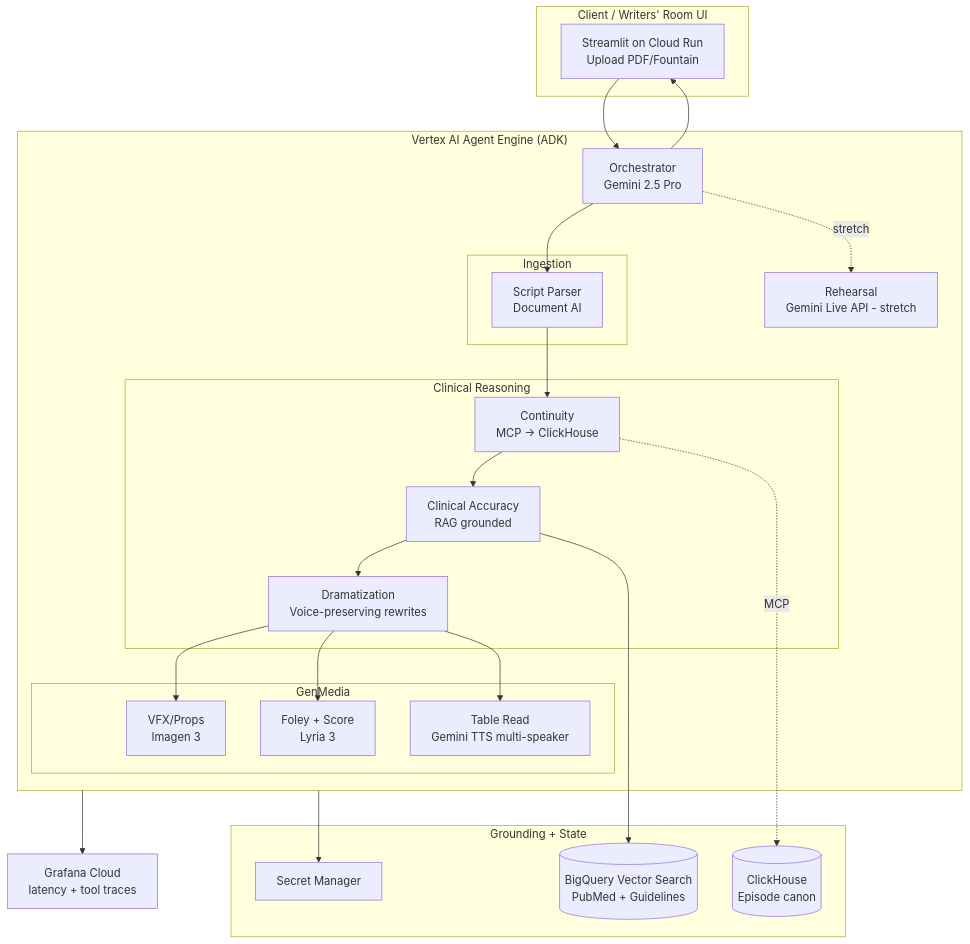
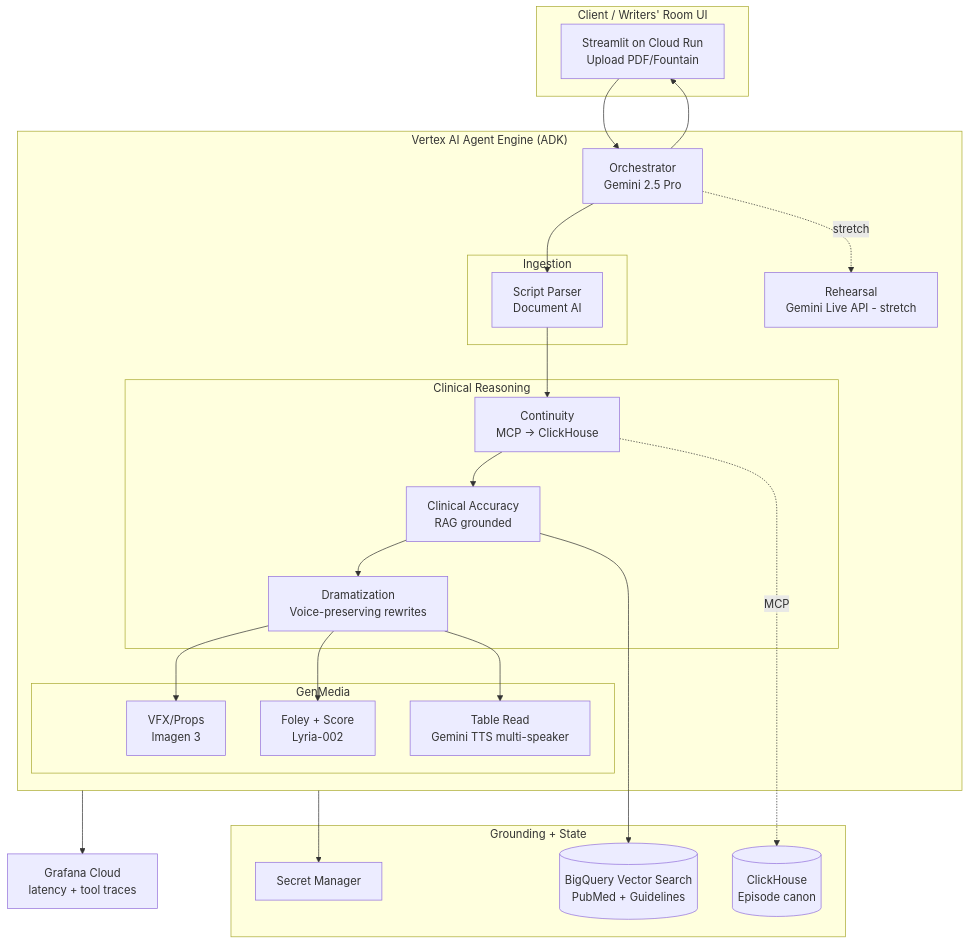
The diagram in docs/ARCHITECTURE.md (DrAhmed7887/scenemedic), drawn with Mermaid before and after one commit. The commit also changed other lines of this file and 6 other files, not shown here.

````diff
--- a/docs/ARCHITECTURE.md
+++ b/docs/ARCHITECTURE.md
@@ -3,48 +3,48 @@
 ```mermaid
 flowchart TB
     subgraph Client["Client / Writers' Room UI"]
         UI[Streamlit on Cloud Run<br/>Upload PDF/Fountain]
     end
 
     subgraph AgentEngine["Vertex AI Agent Engine (ADK)"]
         ORCH[Orchestrator<br/>Gemini 2.5 Pro]
 
         subgraph Ingest["Ingestion"]
             PARSE[Script Parser<br/>Document AI]
         end
 
         subgraph Reason["Clinical Reasoning"]
             CLIN[Clinical Accuracy<br/>RAG grounded]
             CONT[Continuity<br/>MCP -> ClickHouse]
             DRAM[Dramatization<br/>Voice-preserving rewrites]
         end
 
         subgraph Media["GenMedia"]
             VFX[VFX/Props<br/>Imagen 3]
-            SND[Foley + Score<br/>Lyria 3]
+            SND[Foley + Score<br/>Lyria-002]
             TTS[Table Read<br/>Gemini TTS multi-speaker]
         end
 
         LIVE[Rehearsal<br/>Gemini Live API - stretch]
     end
 
     subgraph Data["Grounding + State"]
         BQ[(BigQuery Vector Search<br/>PubMed + Guidelines)]
         CH[(ClickHouse<br/>Episode canon)]
         SM[Secret Manager]
     end
 
     OBS[Grafana Cloud<br/>latency + tool traces]
 
     UI --> ORCH
     ORCH --> PARSE --> CONT --> CLIN --> DRAM
     CLIN --> BQ
     CONT -.MCP.-> CH
     DRAM --> VFX
     DRAM --> SND
     DRAM --> TTS
     ORCH -.stretch.-> LIVE
     AgentEngine --> OBS
     AgentEngine --> SM
     ORCH --> UI
 ```
````
